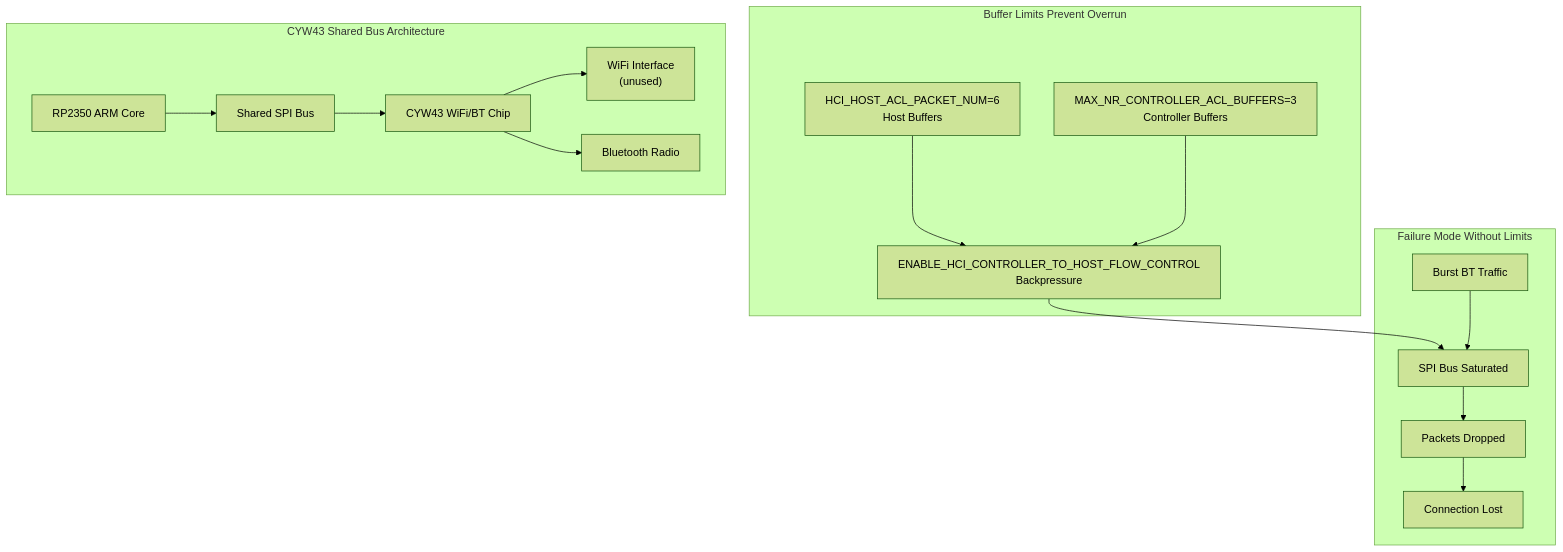
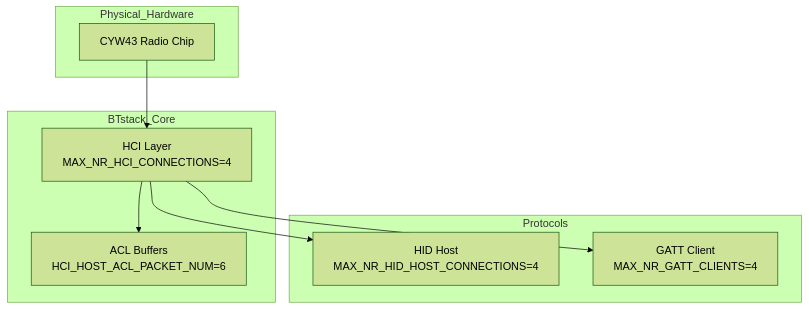
The second of 2 diagrams in wiki/10.2-configuration-reference.md (Jus-Be/orinayo-pico), drawn with Mermaid (forest theme) before and after one commit. The commit also changed other lines of this file and 42 other files, not shown here.

````diff
--- a/wiki/10.2-configuration-reference.md
+++ b/wiki/10.2-configuration-reference.md
@@ -281,48 +226,28 @@
 ```mermaid
 flowchart TD
 
-ARM["RP2350 ARM Core"]
-SPI["Shared SPI Bus"]
-CYW43["CYW43 WiFi/BT Chip"]
-WIFI["WiFi Interface<br>(unused)"]
-BT["Bluetooth Radio"]
-HOSTBUF["HCI_HOST_ACL_PACKET_NUM=6<br>Host Buffers"]
-CTRLBUF["MAX_NR_CONTROLLER_ACL_BUFFERS=3<br>Controller Buffers"]
-FLOW["ENABLE_HCI_CONTROLLER_TO_HOST_FLOW_CONTROL<br>Backpressure"]
-BURST["Burst BT Traffic"]
-SATURATE["SPI Bus Saturated"]
-PACKETS["Packets Dropped"]
-DISCONNECT["Connection Lost"]
+CYW43["CYW43 Radio Chip"]
+HCI["HCI Layer<br>MAX_NR_HCI_CONNECTIONS=4"]
+ACL["ACL Buffers<br>HCI_HOST_ACL_PACKET_NUM=6"]
+HID["HID Host<br>MAX_NR_HID_HOST_CONNECTIONS=4"]
+GATT["GATT Client<br>MAX_NR_GATT_CLIENTS=4"]
 
-FLOW --> SATURATE
+CYW43 --> HCI
+HCI --> HID
+HCI --> GATT
 
-subgraph subGraph2 ["Failure Mode Without Limits"]
-    BURST
-    SATURATE
-    PACKETS
-    DISCONNECT
-    BURST --> SATURATE
-    SATURATE --> PACKETS
-    PACKETS --> DISCONNECT
+subgraph Protocols ["Protocols"]
+    HID
+    GATT
 end
 
-subgraph subGraph1 ["Buffer Limits Prevent Overrun"]
-    HOSTBUF
-    CTRLBUF
-    FLOW
-    HOSTBUF --> FLOW
-    CTRLBUF --> FLOW
+subgraph BTstack_Core ["BTstack_Core"]
+    HCI
+    ACL
+    HCI --> ACL
 end
 
-subgraph subGraph0 ["CYW43 Shared Bus Architecture"]
-    ARM
-    SPI
+subgraph Physical_Hardware ["Physical_Hardware"]
     CYW43
-    WIFI
-    BT
-    ARM --> SPI
-    SPI --> CYW43
-    CYW43 --> WIFI
-    CYW43 --> BT
 end
 ```
````
